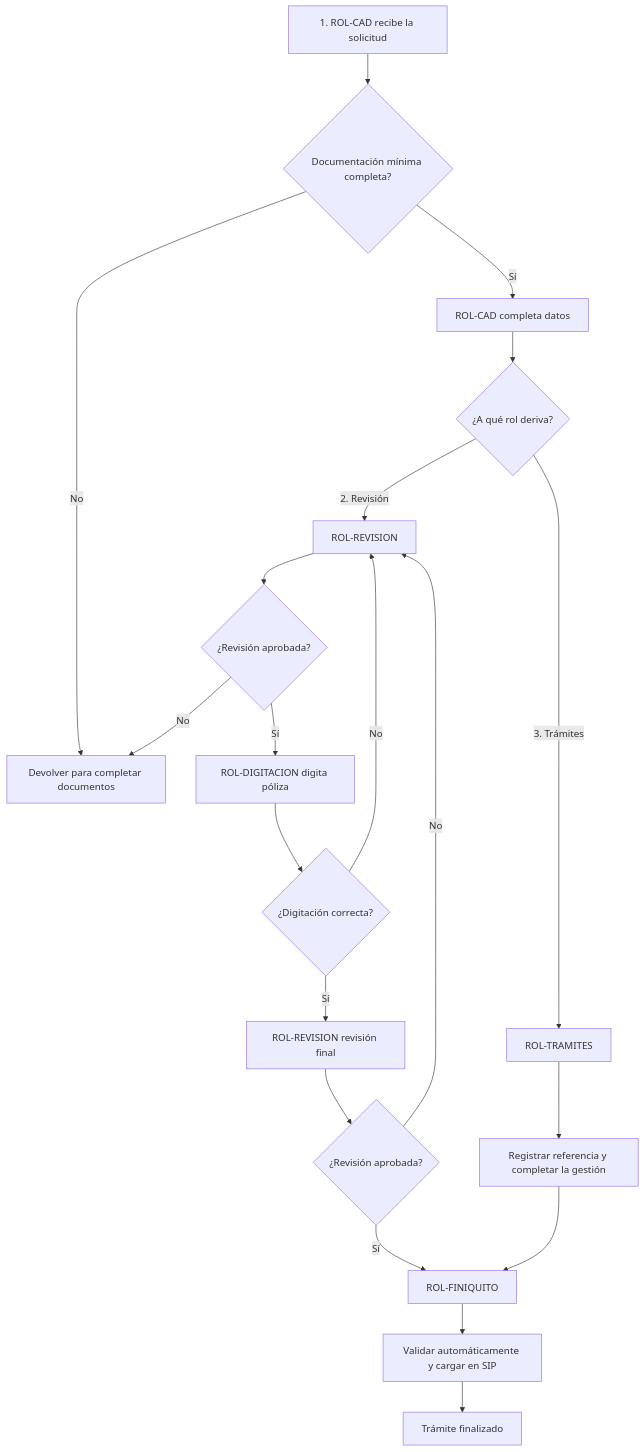
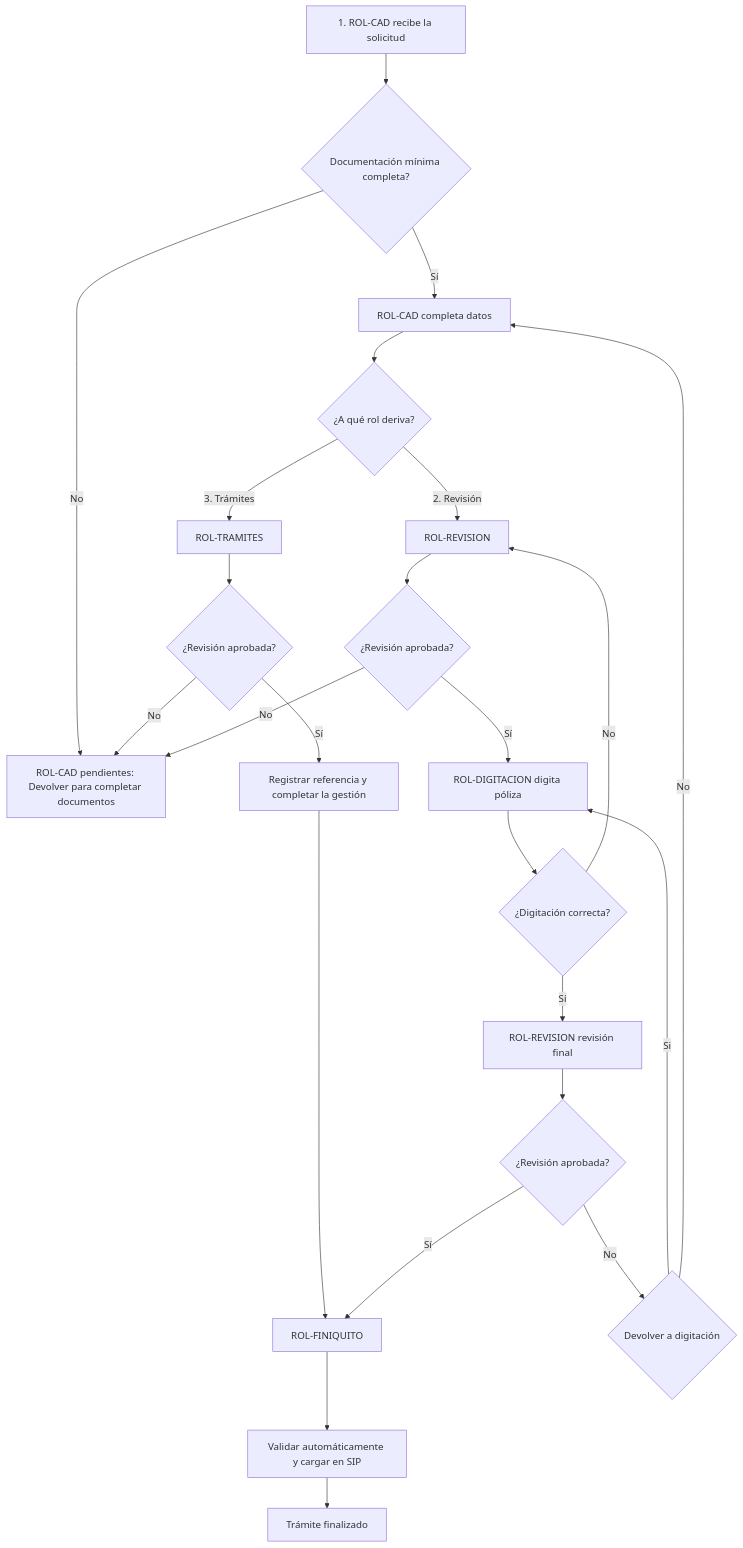
Before and after one commit to LuisPignataro/Tramites-Docs: the diagram in docs/tramites/emision-hogar-comprensivo.md, drawn with Mermaid. The commit also changed other lines of this file and 1 other file, not shown here.

Commit message:
Cambios en el flujo solicitados por Kenneth

````diff
--- a/docs/tramites/emision-hogar-comprensivo.md
+++ b/docs/tramites/emision-hogar-comprensivo.md
@@ -101,28 +104,36 @@
 ```mermaid
 flowchart TD
   A["1. ROL-CAD recibe la solicitud"] --> B{"Documentación mínima completa?"}
-  B -->|"No"| C["Devolver para completar documentos"]
+  B -->|"No"| C["ROL-CAD pendientes: Devolver para completar documentos"]
   B -->|"Sí"| D["ROL-CAD completa datos"]
 
   D --> E{"¿A qué rol deriva?"}
   E -->|"2. Revisión"| F["ROL-REVISION"]
   E -->|"3. Trámites"| G["ROL-TRAMITES"]
 
-  G --> K1["Registrar referencia y completar la gestión"]
+  G --> M{"¿Revisión aprobada?"}
+  M -->|"No"| C
+  M -->|"Sí"| K1
+
+  K1["Registrar referencia y completar la gestión"]
   K1 --> I
 
   F --> J{"¿Revisión aprobada?"}
   J -->|"No"| C
   J -->|"Sí"| H["ROL-DIGITACION digita póliza"]
 
   H --> K{"¿Digitación correcta?"}
   K -->|"No"| F
   K -->|"Sí"| R["ROL-REVISION revisión final"]
   
   R --> S{"¿Revisión aprobada?"}
-  S -->|"No"| F
+  S -->|"No"| P{"Devolver a digitación"}
+  P --> |"Si"| H
+  P -->|"No"| D
   S -->|"Sí"| I["ROL-FINIQUITO"]
 
   I --> N["Validar automáticamente y cargar en SIP"]
   N --> O["Trámite finalizado"]
+
+
 ```
````
